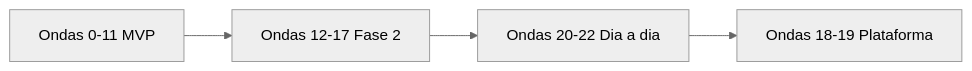
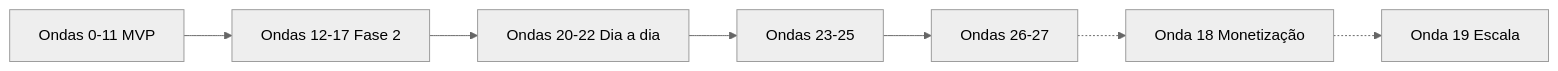
The second of 3 diagrams in implementation-plan.md (solerpedroo/reuniai), drawn with Mermaid (neutral theme) before and after one commit. The commit also changed other lines of this file, not shown here.

Commit message:
docs(plan): adiciona ondas 23-27 e posterga monetizacao

````diff
--- a/implementation-plan.md
+++ b/implementation-plan.md
@@ -794,6 +814,9 @@
 ```mermaid
 flowchart LR
     MVP[Ondas 0-11 MVP] --> F2[Ondas 12-17 Fase 2]
     F2 --> DIA[Ondas 20-22 Dia a dia]
-    DIA --> F3[Ondas 18-19 Plataforma]
+    DIA --> VAL1[Ondas 23-25]
+    VAL1 --> VAL2[Ondas 26-27]
+    VAL2 -.-> F3[Onda 18 Monetização]
+    F3 -.-> F4[Onda 19 Escala]
 ```
````
